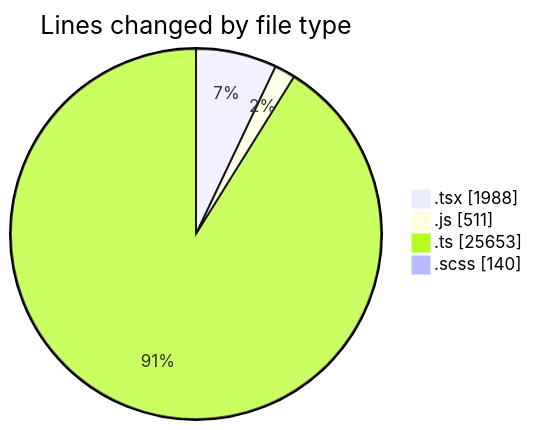
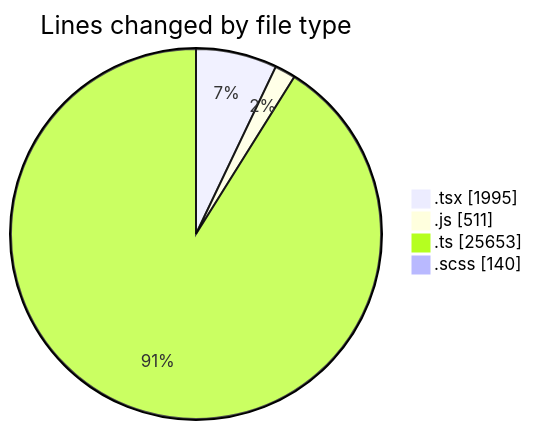
One commit to momahboobian/code-tracking changed the first of 2 diagrams in 2025-06-30/cda/README.md. Above: the diagram before and after it, drawn with Mermaid. The commit also changed other lines of this file and 1 other file, not shown here.

````diff
--- a/2025-06-30/cda/README.md
+++ b/2025-06-30/cda/README.md
@@ -39,8 +39,8 @@
 ```mermaid
 pie showData
 title Lines changed by file type
-".tsx" : 1988
+".tsx" : 1995
 ".js" : 511
 ".ts" : 25653
 ".scss" : 140
 ```
````
